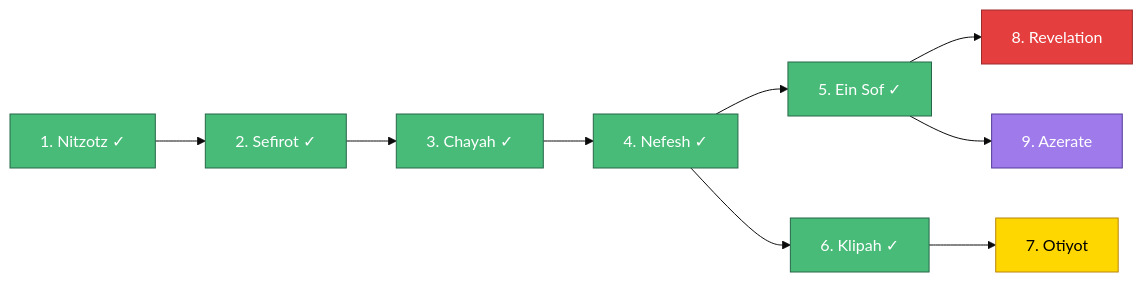
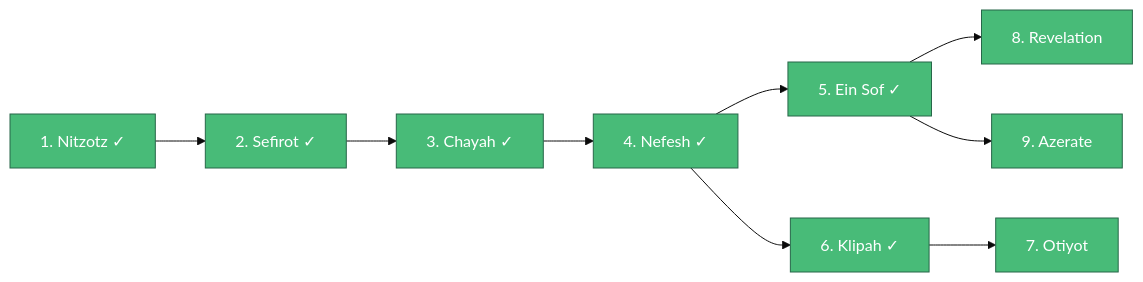
One commit to fsocietydisobey/genesis changed the diagram in tasks/BUILD-ORDER.md. Above: the diagram before and after it, drawn with Mermaid (base theme). The commit also changed other lines of this file and 68 other files, not shown here.

````diff
--- a/tasks/BUILD-ORDER.md
+++ b/tasks/BUILD-ORDER.md
@@ -13,21 +13,21 @@
 ```mermaid
 flowchart LR
     A["1. Nitzotz ✓"] --> S["2. Sefirot ✓"]
     S --> O["3. Chayah ✓"]
     O --> L["4. Nefesh ✓"]
     L --> M["5. Ein Sof ✓"]
     L --> F["6. Klipah ✓"]
     F --> OT["7. Otiyot"]
     M --> REV["8. Revelation"]
     M --> AZ["9. Azerate"]
 
     style A fill:#48bb78,stroke:#276749,color:#fff
     style S fill:#48bb78,stroke:#276749,color:#fff
     style O fill:#48bb78,stroke:#276749,color:#fff
     style L fill:#48bb78,stroke:#276749,color:#fff
     style M fill:#48bb78,stroke:#276749,color:#fff
     style F fill:#48bb78,stroke:#276749,color:#fff
-    style OT fill:#ffd700,stroke:#b8860b,color:#000
-    style REV fill:#e53e3e,stroke:#9b2c2c,color:#fff
-    style AZ fill:#9f7aea,stroke:#553c9a,color:#fff
+    style OT fill:#48bb78,stroke:#276749,color:#fff
+    style REV fill:#48bb78,stroke:#276749,color:#fff
+    style AZ fill:#48bb78,stroke:#276749,color:#fff
 ```
````
